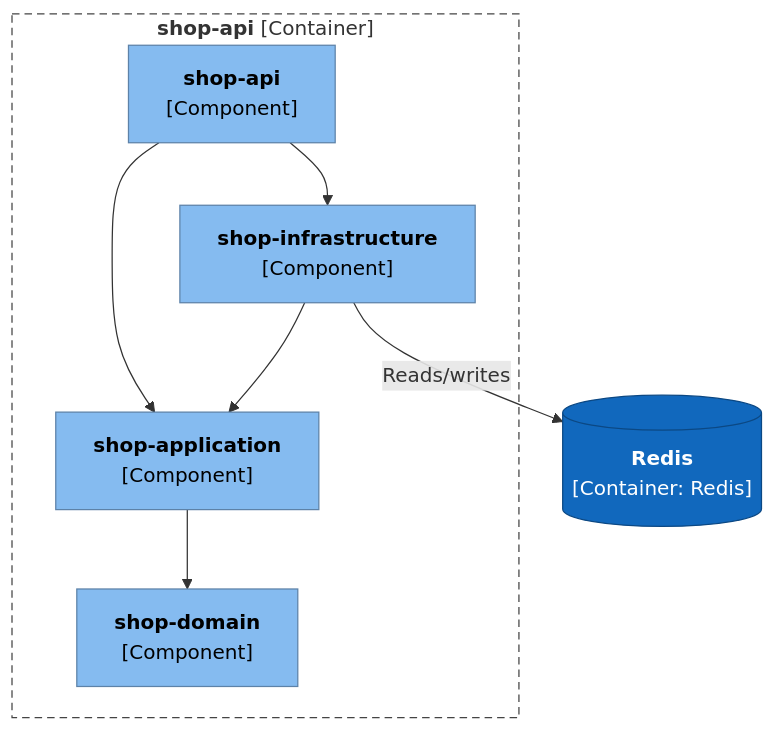
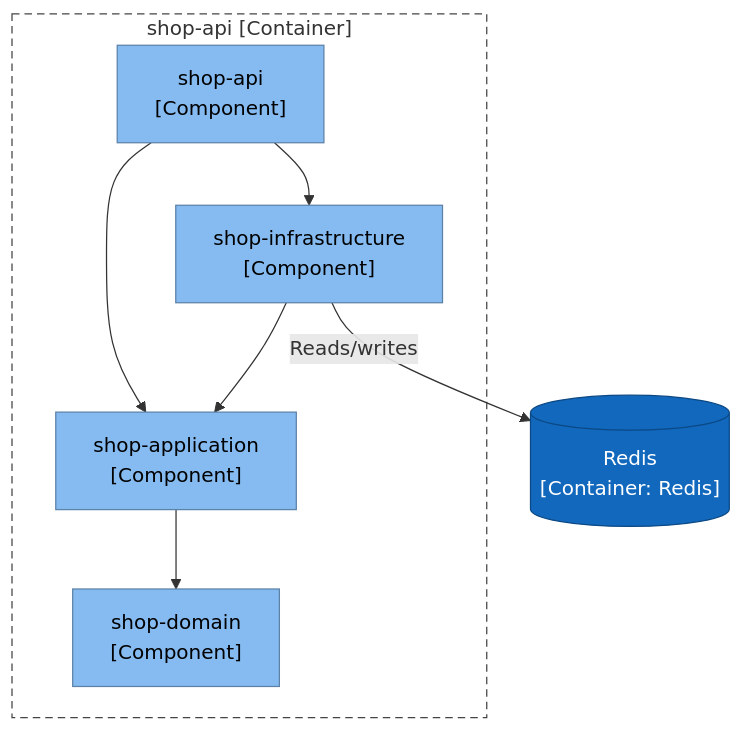
Before and after one commit to ythalorossy/architecture-skills: the second of 4 diagrams in tests/golden/maven_layered/output/ArchitectureReport.md, drawn with Mermaid. The commit also changed other lines of this file and 51 other files, not shown here.

First line of the commit message:
fix(render): plain diagram labels keep the characters in code names

````diff
--- a/tests/golden/maven_layered/output/ArchitectureReport.md
+++ b/tests/golden/maven_layered/output/ArchitectureReport.md
@@ -58,29 +55,24 @@
 ```mermaid
 flowchart TB
-    subgraph boundary["`**shop-api** [Container]`"]
-        shop_api["`**shop-api**
-[Component]`"]
-        shop_application["`**shop-application**
-[Component]`"]
-        shop_domain["`**shop-domain**
-[Component]`"]
-        shop_infrastructure["`**shop-infrastructure**
-[Component]`"]
+    subgraph boundary["shop-api [Container]"]
+        shop_api["shop-api<br/>[Component]"]
+        shop_application["shop-application<br/>[Component]"]
+        shop_domain["shop-domain<br/>[Component]"]
+        shop_infrastructure["shop-infrastructure<br/>[Component]"]
     end
     shop_api --> shop_application
     shop_api --> shop_infrastructure
     shop_application --> shop_domain
     shop_infrastructure --> shop_application
-    db_redis[("`**Redis**
-[Container: Redis]`")]
-    shop_infrastructure -->|"`Reads/writes`"| db_redis
+    db_redis[("Redis<br/>[Container: Redis]")]
+    shop_infrastructure -->|"Reads/writes"| db_redis
     classDef person fill:#08427b,stroke:#052e56,color:#ffffff
     classDef container fill:#1168bd,stroke:#0b4884,color:#ffffff
     classDef system fill:#1168bd,stroke:#0b4884,color:#ffffff
     classDef component fill:#85bbf0,stroke:#5d82a8,color:#000000
     classDef external fill:#999999,stroke:#6b6b6b,color:#ffffff
     classDef shared fill:#dbe9f6,stroke:#5d82a8,color:#000000,stroke-dasharray:4 3
     class shop_api,shop_application,shop_domain,shop_infrastructure component
     class db_redis container
     style boundary fill:none,stroke:#444444,stroke-dasharray:6 4
 ```
````
